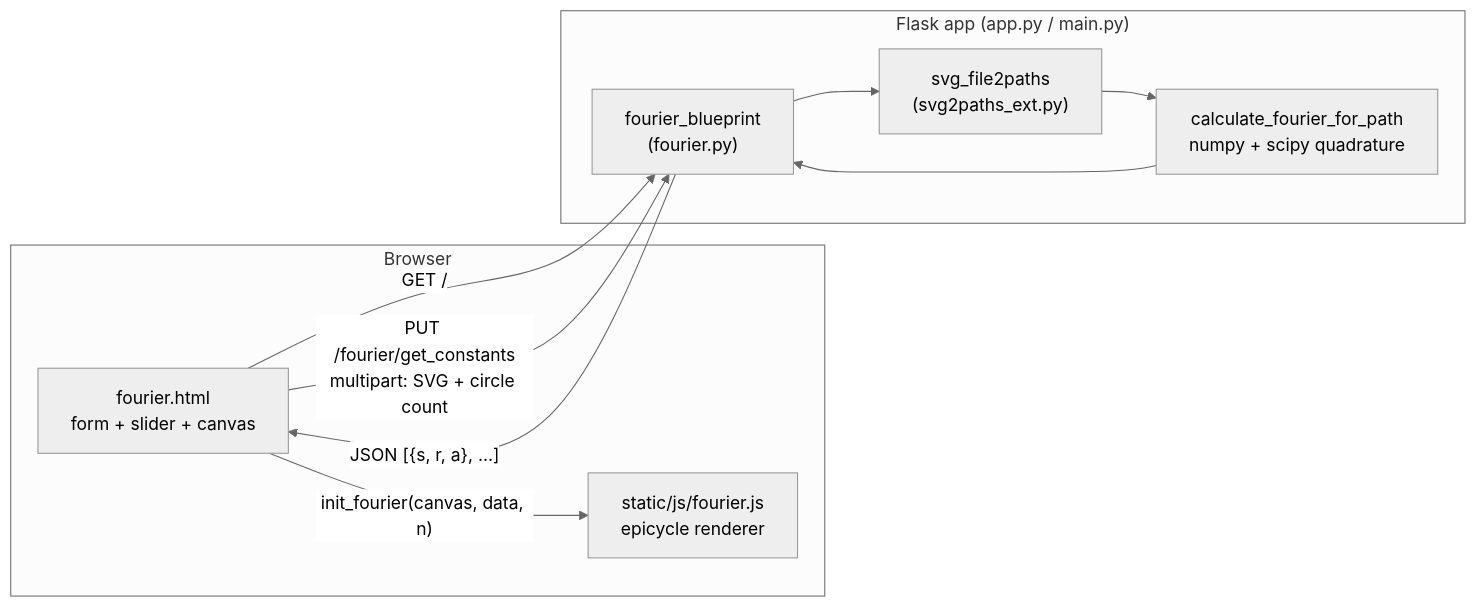
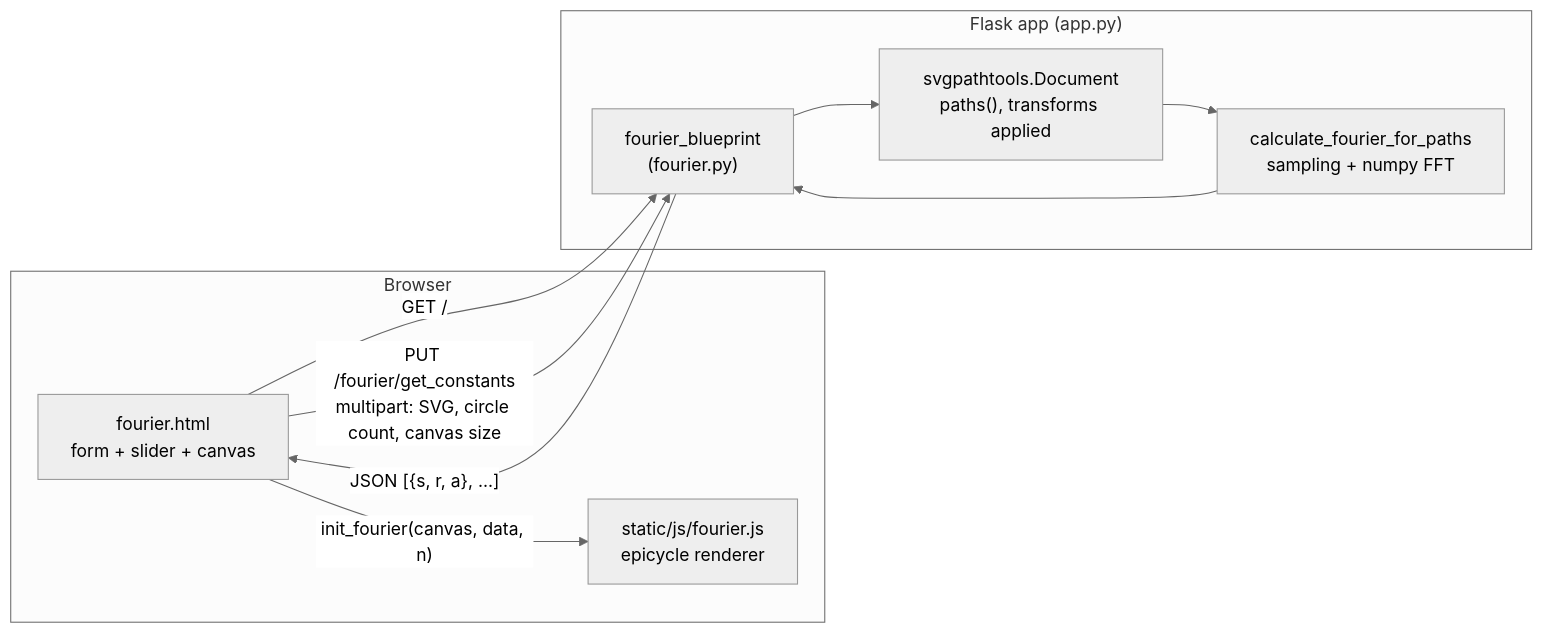
Before and after one commit to n1ckfg/FourierDrawings: the first of 2 diagrams in ARCHITECTURE.md, drawn with Mermaid (neutral theme). The commit also changed other lines of this file and 13 other files, not shown here.

````diff
--- a/ARCHITECTURE.md
+++ b/ARCHITECTURE.md
@@ -28,17 +25,17 @@
 ```mermaid
 flowchart LR
     subgraph Browser
         UI["fourier.html<br/>form + slider + canvas"]
         JS["static/js/fourier.js<br/>epicycle renderer"]
     end
-    subgraph Server["Flask app (app.py / main.py)"]
+    subgraph Server["Flask app (app.py)"]
         BP["fourier_blueprint<br/>(fourier.py)"]
-        SVG["svg_file2paths<br/>(svg2paths_ext.py)"]
-        MATH["calculate_fourier_for_path<br/>numpy + scipy quadrature"]
+        SVG["svgpathtools.Document<br/>paths(), transforms applied"]
+        MATH["calculate_fourier_for_paths<br/>sampling + numpy FFT"]
     end
     UI -- "GET /" --> BP
-    UI -- "PUT /fourier/get_constants<br/>multipart: SVG + circle count" --> BP
+    UI -- "PUT /fourier/get_constants<br/>multipart: SVG, circle count, canvas size" --> BP
     BP --> SVG --> MATH --> BP
     BP -- "JSON [{s, r, a}, ...]" --> UI
     UI -- "init_fourier(canvas, data, n)" --> JS
 ```
````
